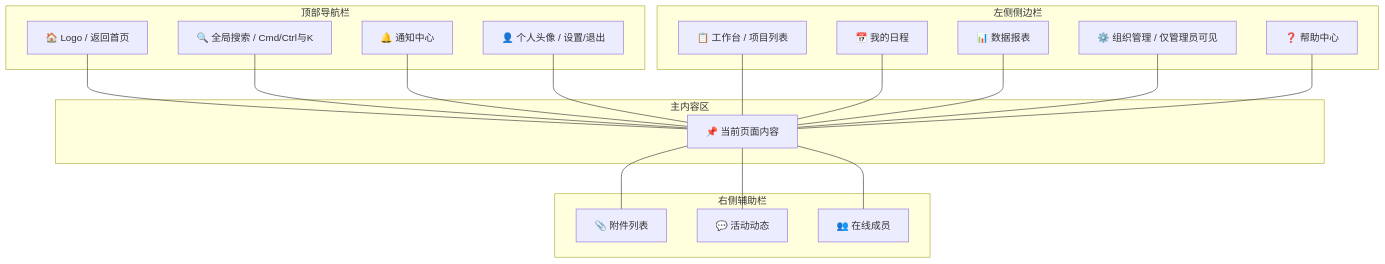
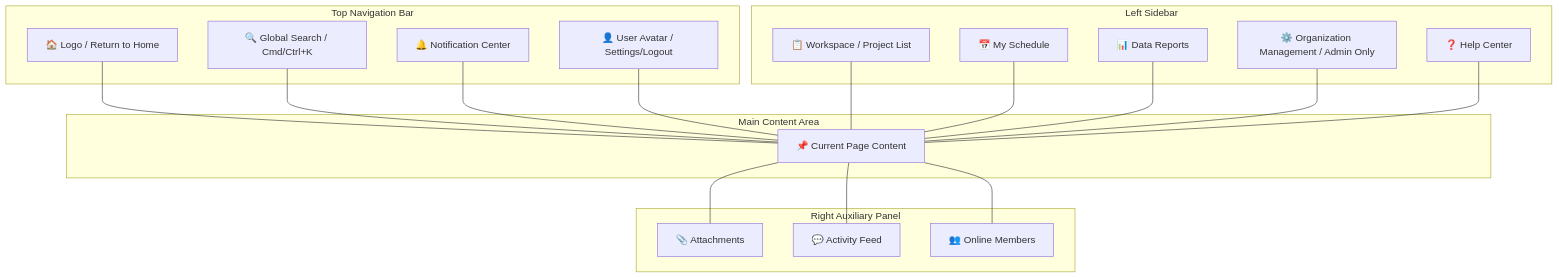
One commit to Kirky-X/cangjie changed the fourth of 7 diagrams in templates/产品/运营层/【模板】用户手册.md. Above: the diagram before and after it, drawn with Mermaid. The commit also changed other lines of this file and 46 other files, not shown here.

````diff
--- a/templates/产品/运营层/【模板】用户手册.md
+++ b/templates/产品/运营层/【模板】用户手册.md
@@ -199,31 +199,31 @@
 ```mermaid
 graph TB
-    subgraph 顶部导航栏
-        T1[🏠 Logo / 返回首页]
-        T2[🔍 全局搜索 / Cmd/Ctrl与K]
-        T3[🔔 通知中心]
-        T4[👤 个人头像 / 设置/退出]
+    subgraph Top Navigation Bar
+        T1[🏠 Logo / Return to Home]
+        T2[🔍 Global Search / Cmd/Ctrl+K]
+        T3[🔔 Notification Center]
+        T4[👤 User Avatar / Settings/Logout]
     end
 
-    subgraph 左侧侧边栏
-        S1[📋 工作台 / 项目列表]
-        S2[📅 我的日程]
-        S3[📊 数据报表]
-        S4[⚙️ 组织管理 / 仅管理员可见]
-        S5[❓ 帮助中心]
+    subgraph Left Sidebar
+        S1[📋 Workspace / Project List]
+        S2[📅 My Schedule]
+        S3[📊 Data Reports]
+        S4[⚙️ Organization Management / Admin Only]
+        S5[❓ Help Center]
     end
 
-    subgraph 主内容区
-        M1[📌 当前页面内容]
+    subgraph Main Content Area
+        M1[📌 Current Page Content]
     end
 
-    subgraph 右侧辅助栏
-        R1[📎 附件列表]
-        R2[💬 活动动态]
-        R3[👥 在线成员]
+    subgraph Right Auxiliary Panel
+        R1[📎 Attachments]
+        R2[💬 Activity Feed]
+        R3[👥 Online Members]
     end
 
     T1 & T2 & T3 & T4 --- M1
     S1 & S2 & S3 & S4 & S5 --- M1
     M1 --- R1 & R2 & R3
 ```
````
